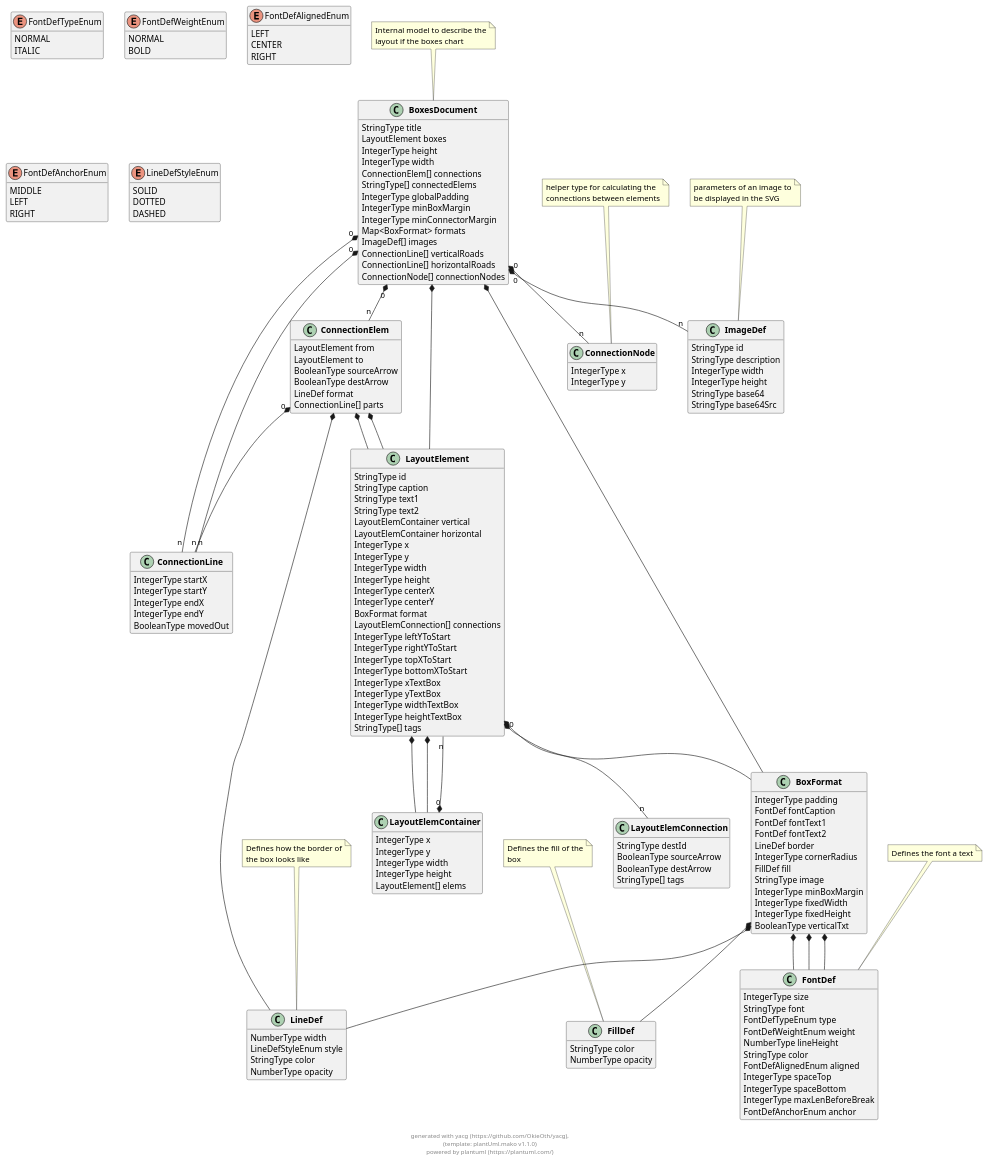
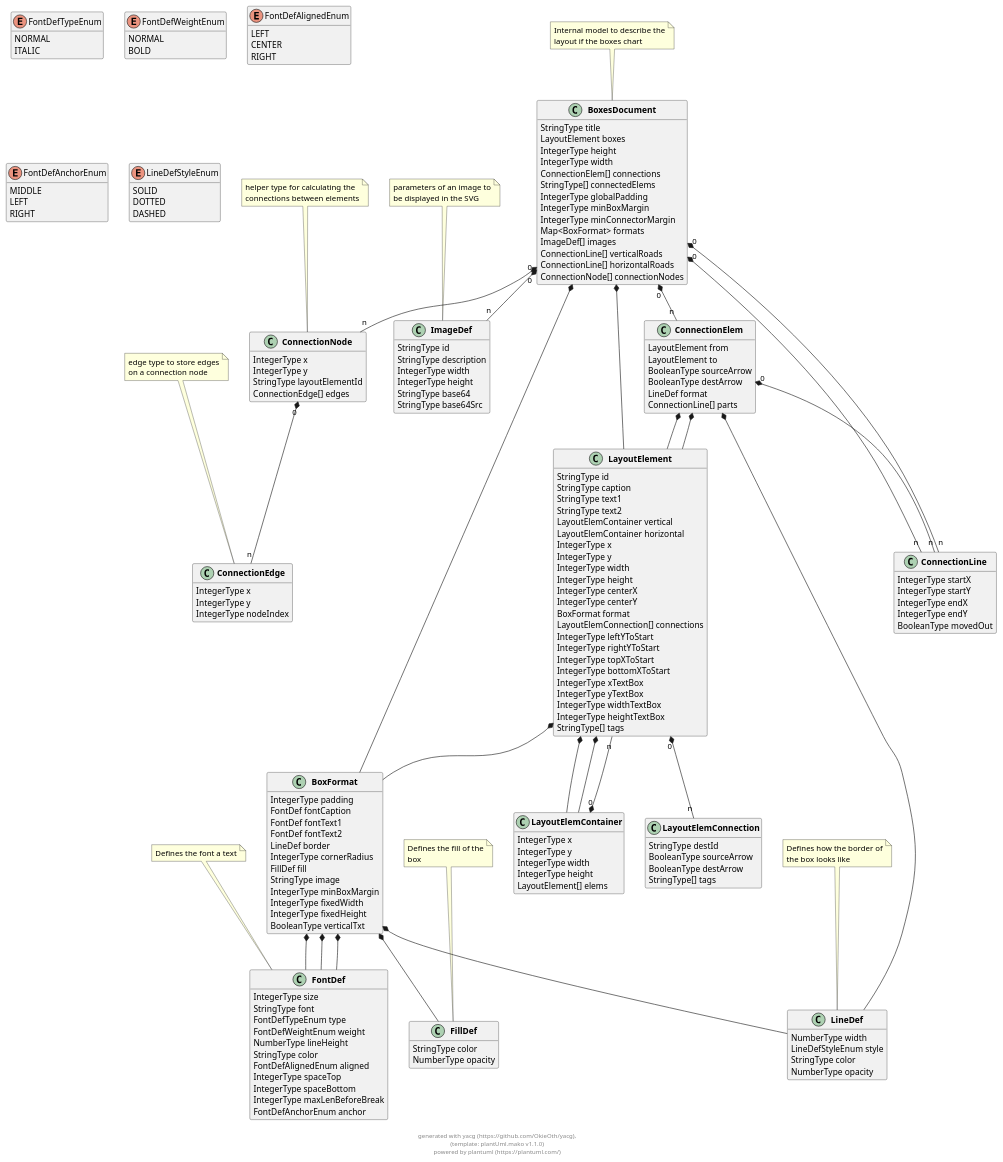
One commit to OkieOth/draw.chart.things changed the diagram in docs/models/puml/boxes_document.puml. Above: the diagram before and after it, drawn with PlantUML. The commit also changed 7 other files, not shown here.

Commit message:
extended boxesdoc type for connection processing

```diff
--- a/docs/models/puml/boxes_document.puml
+++ b/docs/models/puml/boxes_document.puml
@@ -94,6 +94,8 @@
 class "**ConnectionNode**" as ConnectionNode {
         IntegerType x
         IntegerType y
+        StringType layoutElementId
+        ConnectionEdge[] edges
 }
 note top: helper type for calculating the\nconnections between elements
 
@@ -115,6 +117,15 @@
         BooleanType destArrow
         StringType[] tags
 }
+
+ 
+
+class "**ConnectionEdge**" as ConnectionEdge {
+        IntegerType x
+        IntegerType y
+        IntegerType nodeIndex
+}
+note top: edge type to store edges\non a connection node
 
  
 
@@ -283,6 +294,9 @@
     
 
 
+
+ConnectionNode "0" *-- "n" ConnectionEdge
+
     
 
 
@@ -292,6 +306,10 @@
 
     
 
+
+
+
+    
 
 
 
```
